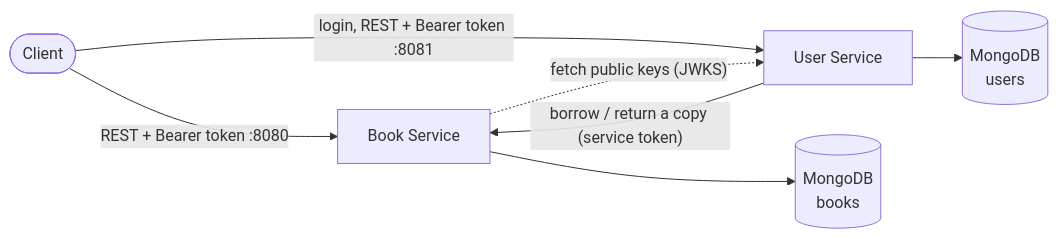
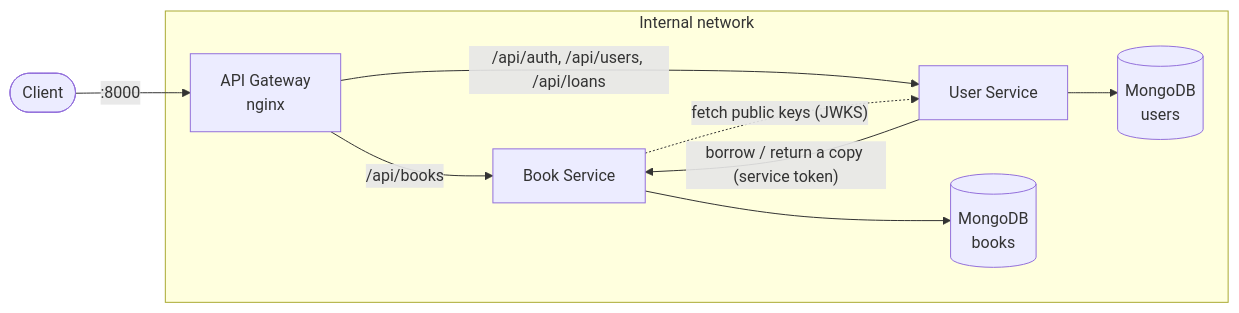
The diagram in README.md (JuliaLavagnini/library-platform), drawn with Mermaid before and after one commit. The commit also changed other lines of this file, not shown here.

Commit message:
docs: document the API gateway

````diff
--- a/README.md
+++ b/README.md
@@ -42,9 +42,12 @@
 ```mermaid
 flowchart LR
-    client([Client]) -->|"REST + Bearer token :8080"| book[Book Service]
-    client -->|"login, REST + Bearer token :8081"| user[User Service]
-    user -->|"borrow / return a copy (service token)"| book
-    book -.->|"fetch public keys (JWKS)"| user
-    book --> booksdb[(MongoDB<br/>books)]
-    user --> usersdb[(MongoDB<br/>users)]
+    client([Client]) -->|":8000"| gateway[API Gateway<br/>nginx]
+    subgraph internal["Internal network"]
+        gateway -->|/api/books| book[Book Service]
+        gateway -->|"/api/auth, /api/users, /api/loans"| user[User Service]
+        user -->|"borrow / return a copy (service token)"| book
+        book -.->|"fetch public keys (JWKS)"| user
+        book --> booksdb[(MongoDB<br/>books)]
+        user --> usersdb[(MongoDB<br/>users)]
+    end
 ```
````
